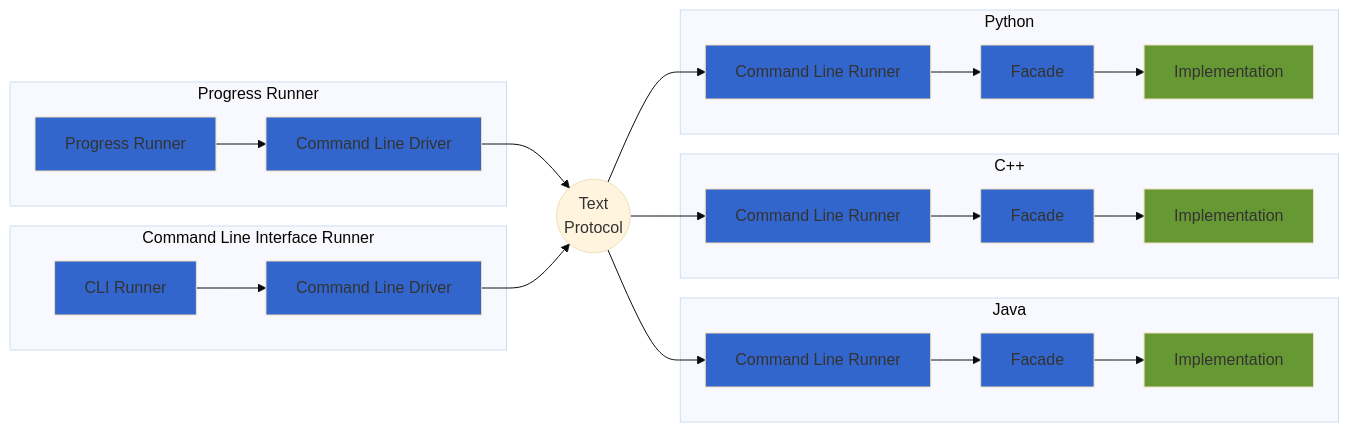
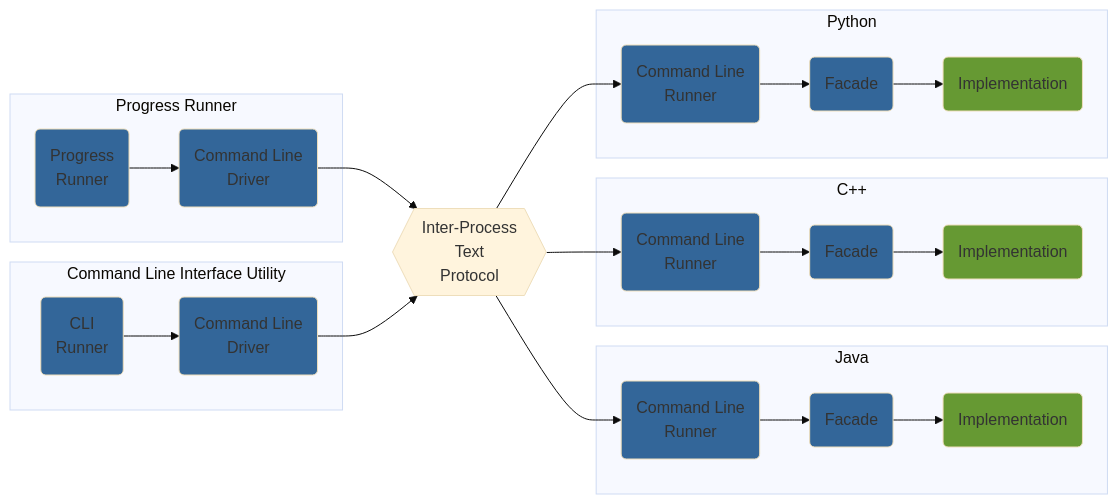
The diagram in README.md (murex/gamekit-coffeemachine), drawn with Mermaid (base theme) before and after one commit. The commit also changed other lines of this file and 15 other files, not shown here.

````diff
--- a/README.md
+++ b/README.md
@@ -23,55 +34,53 @@
 ```mermaid
 graph LR
-  subgraph runner [Progress Runner]
-    PROGRESS_RUNNER[Progress Runner]
-    CLI_DRIVER_1[Command Line Driver]
-  end
+    subgraph runner [Progress Runner]
+        PROGRESS_RUNNER(Progress<br>Runner)
+        CLI_DRIVER_1(Command Line<br>Driver)
+    end
 
-  subgraph cli [Command Line Interface Runner]
-    CLI_RUNNER[CLI Runner]
-    CLI_DRIVER_2[Command Line Driver]
-  end
+    subgraph cli [Command Line Interface Utility]
+        CLI_RUNNER(CLI<br>Runner)
+        CLI_DRIVER_2(Command Line<br>Driver)
+    end
 
-  PROTOCOL(("Text<br>Protocol"))
+    PROTOCOL{{"Inter-Process<br>Text<br>Protocol"}}
 
-  subgraph java [Java]
-    JAVA_RUNNER[Command Line Runner]
-    JAVA_FACADE[Facade]
-    JAVA_IMPL[Implementation]
-  end
+    subgraph java [Java]
+        JAVA_RUNNER(Command Line<br>Runner)
+        JAVA_FACADE(Facade)
+        JAVA_IMPL(Implementation)
+    end
 
-  subgraph cpp [C++]
-    CPP_RUNNER[Command Line Runner]
-    CPP_FACADE[Facade]
-    CPP_IMPL[Implementation]
-  end
+    subgraph cpp [C++]
+        CPP_RUNNER(Command Line<br>Runner)
+        CPP_FACADE(Facade)
+        CPP_IMPL(Implementation)
+    end
 
-  subgraph python [Python]
-    PYTHON_RUNNER[Command Line Runner]
-    PYTHON_FACADE[Facade]
-    PYTHON_IMPL[Implementation]
-  end
+    subgraph python [Python]
+        PYTHON_RUNNER(Command Line<br>Runner)
+        PYTHON_FACADE(Facade)
+        PYTHON_IMPL(Implementation)
+    end
 
-  PROGRESS_RUNNER --> CLI_DRIVER_1 --> PROTOCOL
-  CLI_RUNNER --> CLI_DRIVER_2 --> PROTOCOL
-  PROTOCOL --> JAVA_RUNNER --> JAVA_FACADE --> JAVA_IMPL
-  PROTOCOL --> CPP_RUNNER --> CPP_FACADE --> CPP_IMPL
-  PROTOCOL --> PYTHON_RUNNER --> PYTHON_FACADE --> PYTHON_IMPL
-  
-  classDef testModule fill:#36c;
-  classDef implModule fill:#693;
-  
-  class PROGRESS_RUNNER testModule
-  class CLI_DRIVER_1 testModule
-  class CLI_RUNNER testModule
-  class CLI_DRIVER_2 testModule
-  class JAVA_RUNNER testModule
-  class JAVA_FACADE testModule
-  class JAVA_IMPL implModule
-  class CPP_RUNNER testModule
-  class CPP_FACADE testModule
-  class CPP_IMPL implModule
-  class PYTHON_RUNNER testModule
-  class PYTHON_FACADE testModule
-  class PYTHON_IMPL implModule
+    PROGRESS_RUNNER --> CLI_DRIVER_1 --> PROTOCOL
+    CLI_RUNNER --> CLI_DRIVER_2 --> PROTOCOL
+    PROTOCOL --> JAVA_RUNNER --> JAVA_FACADE --> JAVA_IMPL
+    PROTOCOL --> CPP_RUNNER --> CPP_FACADE --> CPP_IMPL
+    PROTOCOL --> PYTHON_RUNNER --> PYTHON_FACADE --> PYTHON_IMPL
+    classDef testModule fill:#369;
+    classDef implModule fill:#693;
+    class PROGRESS_RUNNER testModule;
+    class CLI_DRIVER_1 testModule;
+    class CLI_RUNNER testModule;
+    class CLI_DRIVER_2 testModule;
+    class JAVA_RUNNER testModule;
+    class JAVA_FACADE testModule;
+    class JAVA_IMPL implModule;
+    class CPP_RUNNER testModule;
+    class CPP_FACADE testModule;
+    class CPP_IMPL implModule;
+    class PYTHON_RUNNER testModule;
+    class PYTHON_FACADE testModule;
+    class PYTHON_IMPL implModule;
 ```
````
